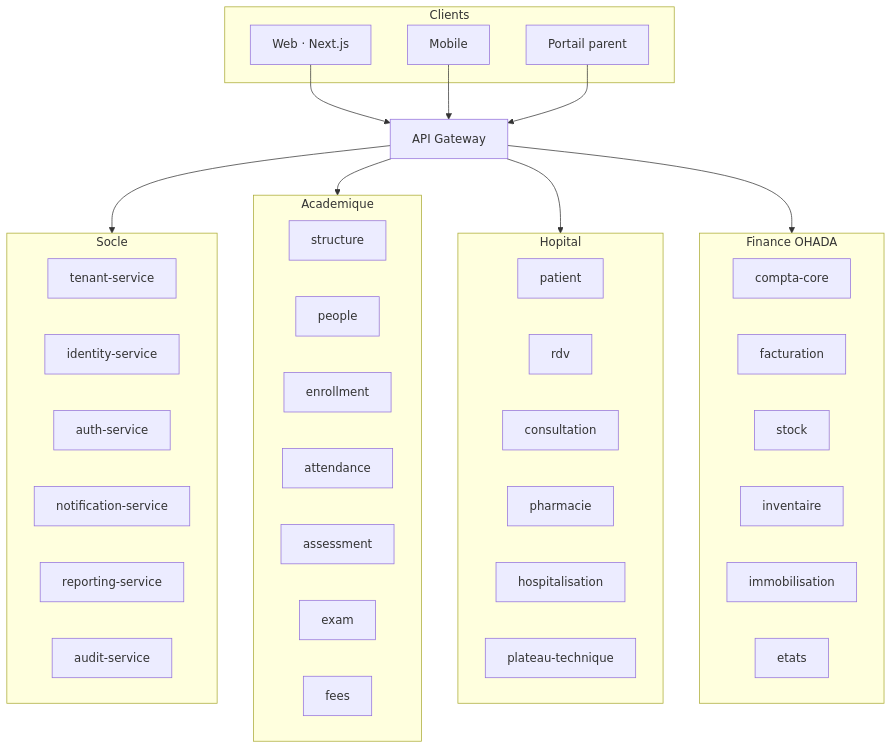
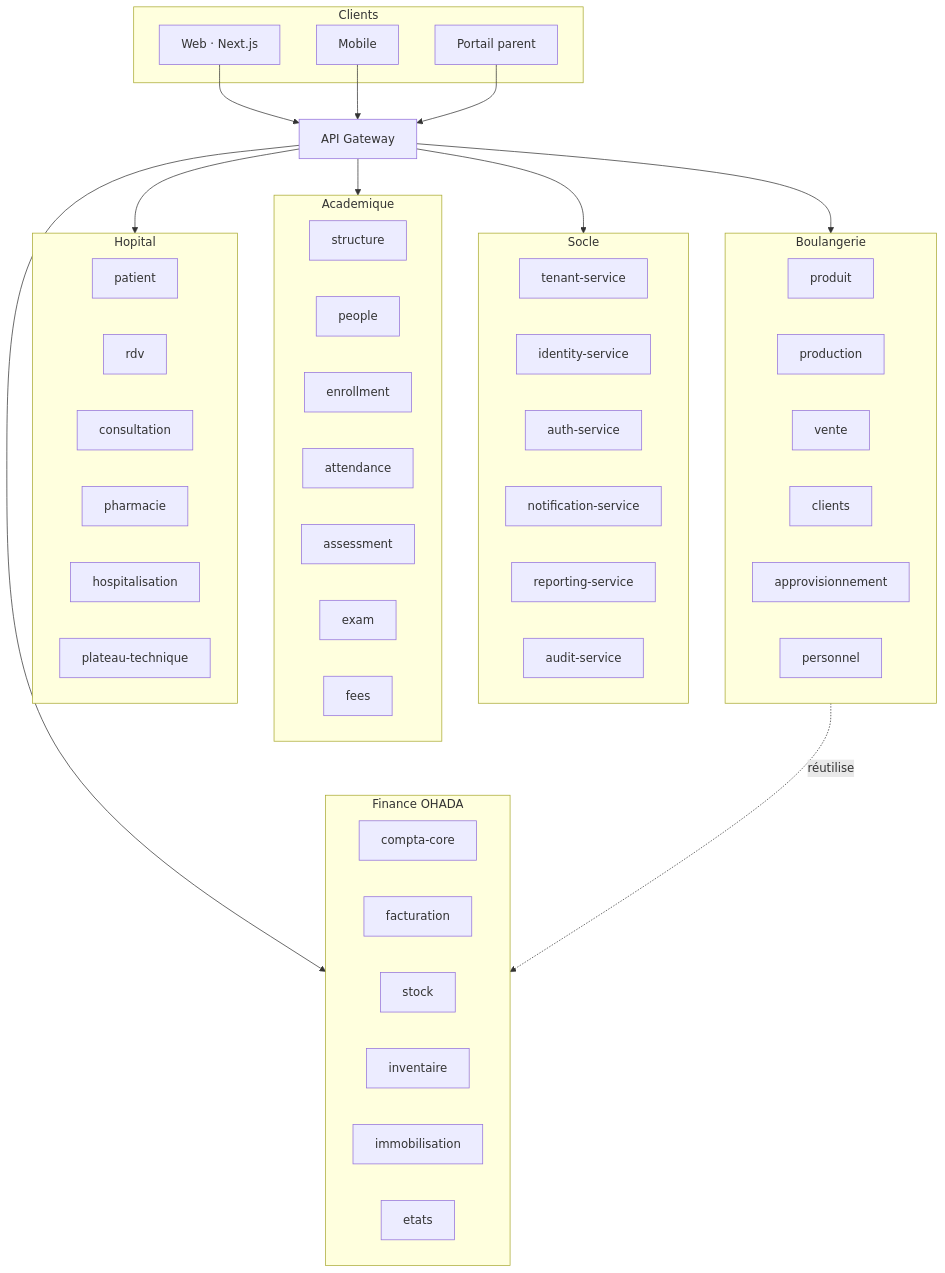
Before and after one commit to michee1367/nexusGesti: the first of 9 diagrams in docs/architecture.md, drawn with Mermaid. The commit also changed other lines of this file and 130 other files, not shown here.

````diff
--- a/docs/architecture.md
+++ b/docs/architecture.md
@@ -5,55 +5,66 @@
 ```mermaid
 flowchart TB
   subgraph CLIENTS[Clients]
     WEB[Web · Next.js]
     MOB[Mobile]
     PORTAL[Portail parent]
   end
 
   GW[API Gateway]
 
   subgraph SOCLE[Socle]
     TEN[tenant-service]
     IDN[identity-service]
     AUTH[auth-service]
     NOTIF[notification-service]
     REP[reporting-service]
     AUD[audit-service]
   end
 
   subgraph PED[Academique]
     STR[structure]
     PPL[people]
     ENR[enrollment]
     ATT[attendance]
     ASM[assessment]
     EXM[exam]
     FEE[fees]
   end
 
   subgraph HOP[Hopital]
     PAT[patient]
     RDV[rdv]
     CON[consultation]
     PHA[pharmacie]
     HSP[hospitalisation]
     PLT[plateau-technique]
   end
 
+  subgraph BOU[Boulangerie]
+    BPR[produit]
+    BPD[production]
+    BVE[vente]
+    BCL[clients]
+    BAP[approvisionnement]
+    BPE[personnel]
+  end
+
   subgraph FIN[Finance OHADA]
     CORE[compta-core]
     FACT[facturation]
     STK[stock]
     INV[inventaire]
     IMM[immobilisation]
     STA[etats]
   end
 
   WEB --> GW
   MOB --> GW
   PORTAL --> GW
   GW --> SOCLE
   GW --> PED
   GW --> HOP
+  GW --> BOU
   GW --> FIN
+  BOU -.réutilise.-> FIN
 ```
````
